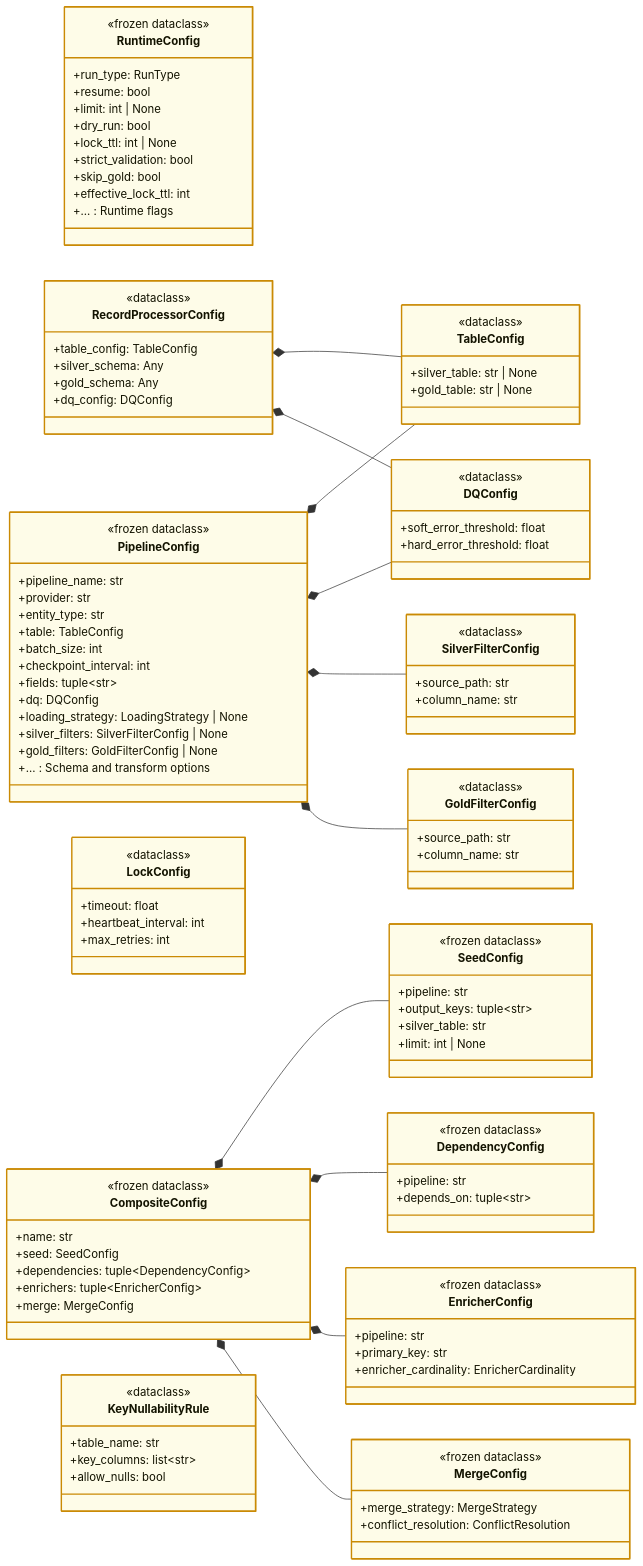
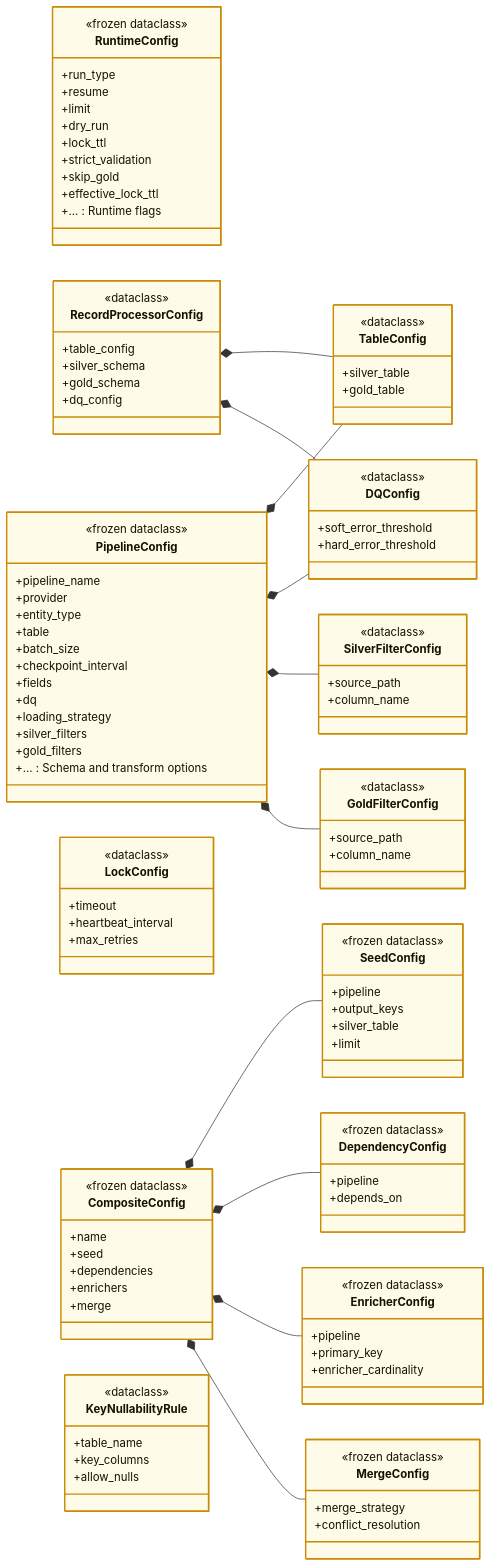
The diagram in docs/02-architecture/mmd-diagrams/class-diagrams/06-config-classes.mmd (SatoryKono/BioactivityDataAcquisition), drawn with Mermaid before and after one commit. The commit also changed 33 other files, not shown here.

```diff
--- a/docs/02-architecture/mmd-diagrams/class-diagrams/06-config-classes.mmd
+++ b/docs/02-architecture/mmd-diagrams/class-diagrams/06-config-classes.mmd
@@ -1,175 +1,175 @@
 %% BioETL — Class Diagram: Configuration Classes
 %% Domain and application configuration hierarchy.
 
 %% @version 1.1.0
 %% @date    2026-02-26
 %% @type    classDiagram
 %% @level   Class / Interface
 %% @uniform-group core      nodes=RuntimeConfig,PipelineConfig
 %% @uniform-group composite nodes=CompositeConfig,SeedConfig,DependencyConfig,EnricherConfig,MergeConfig
 %% @uniform-group support   nodes=RecordProcessorConfig,TableConfig,DQConfig,SilverFilterConfig,GoldFilterConfig,LockConfig,KeyNullabilityRule
 
 %% @uniform-width group
 %% @uniform class width=296 groups=3 width_strategy=group
 %% @uniform-stats core         width=296 height=344 max_desc_lines=17
 %% @uniform-stats composite    width=296 height=144 max_desc_lines=6
 %% @uniform-stats support      width=216 height=128 max_desc_lines=5
 classDiagram
     direction LR
     class RuntimeConfig {
         <<frozen dataclass>>
-        +run_type: RunType
-        +resume: bool
-        +limit: int | None
-        +dry_run: bool
-        +lock_ttl: int | None
-        +strict_validation: bool
-        +skip_gold: bool
-        +effective_lock_ttl: int
+        +run_type
+        +resume
+        +limit
+        +dry_run
+        +lock_ttl
+        +strict_validation
+        +skip_gold
+        +effective_lock_ttl
         +... : Runtime flags
     }
 
     class PipelineConfig {
         <<frozen dataclass>>
-        +pipeline_name: str
-        +provider: str
-        +entity_type: str
-        +table: TableConfig
-        +batch_size: int
-        +checkpoint_interval: int
-        +fields: tuple~str~
-        +dq: DQConfig
-        +loading_strategy: LoadingStrategy | None
-        +silver_filters: SilverFilterConfig | None
-        +gold_filters: GoldFilterConfig | None
+        +pipeline_name
+        +provider
+        +entity_type
+        +table
+        +batch_size
+        +checkpoint_interval
+        +fields
+        +dq
+        +loading_strategy
+        +silver_filters
+        +gold_filters
         +... : Schema and transform options
     }
 
     class TableConfig {
         <<dataclass>>
-        +silver_table: str | None
-        +gold_table: str | None
+        +silver_table
+        +gold_table
         
         
     }
 
     class DQConfig {
         <<dataclass>>
-        +soft_error_threshold: float
-        +hard_error_threshold: float
+        +soft_error_threshold
+        +hard_error_threshold
         
         
     }
 
     class SilverFilterConfig {
         <<dataclass>>
-        +source_path: str
-        +column_name: str
+        +source_path
+        +column_name
         
         
     }
 
     class GoldFilterConfig {
         <<dataclass>>
-        +source_path: str
-        +column_name: str
+        +source_path
+        +column_name
         
         
     }
 
     class RecordProcessorConfig {
         <<dataclass>>
-        +table_config: TableConfig
-        +silver_schema: Any
-        +gold_schema: Any
-        +dq_config: DQConfig
+        +table_config
+        +silver_schema
+        +gold_schema
+        +dq_config
     }
 
     class LockConfig {
         <<dataclass>>
-        +timeout: float
-        +heartbeat_interval: int
-        +max_retries: int
+        +timeout
+        +heartbeat_interval
+        +max_retries
         
     }
 
     class CompositeConfig {
         <<frozen dataclass>>
-        +name: str
-        +seed: SeedConfig
-        +dependencies: tuple~DependencyConfig~
-        +enrichers: tuple~EnricherConfig~
-        +merge: MergeConfig
+        +name
+        +seed
+        +dependencies
+        +enrichers
+        +merge
     }
 
     class SeedConfig {
         <<frozen dataclass>>
-        +pipeline: str
-        +output_keys: tuple~str~
-        +silver_table: str
-        +limit: int | None
+        +pipeline
+        +output_keys
+        +silver_table
+        +limit
         
     }
 
     class DependencyConfig {
         <<frozen dataclass>>
-        +pipeline: str
-        +depends_on: tuple~str~
+        +pipeline
+        +depends_on
         
         
         
     }
 
     class EnricherConfig {
         <<frozen dataclass>>
-        +pipeline: str
-        +primary_key: str
-        +enricher_cardinality: EnricherCardinality
+        +pipeline
+        +primary_key
+        +enricher_cardinality
         
         
     }
 
     class MergeConfig {
         <<frozen dataclass>>
-        +merge_strategy: MergeStrategy
-        +conflict_resolution: ConflictResolution
+        +merge_strategy
+        +conflict_resolution
         
         
         
     }
 
     class KeyNullabilityRule {
         <<dataclass>>
-        +table_name: str
-        +key_columns: list~str~
-        +allow_nulls: bool
+        +table_name
+        +key_columns
+        +allow_nulls
         
     }
 
     PipelineConfig *-- TableConfig
     PipelineConfig *-- DQConfig
     PipelineConfig *-- SilverFilterConfig
     PipelineConfig *-- GoldFilterConfig
 
     RecordProcessorConfig *-- TableConfig
     RecordProcessorConfig *-- DQConfig
 
     CompositeConfig *-- SeedConfig
     CompositeConfig *-- DependencyConfig
     CompositeConfig *-- EnricherConfig
     CompositeConfig *-- MergeConfig
 
     style RuntimeConfig fill:#fefce8,stroke:#ca8a04,stroke-width:2px
     style PipelineConfig fill:#fefce8,stroke:#ca8a04,stroke-width:2px
     style TableConfig fill:#fefce8,stroke:#ca8a04,stroke-width:2px
     style DQConfig fill:#fefce8,stroke:#ca8a04,stroke-width:2px
     style SilverFilterConfig fill:#fefce8,stroke:#ca8a04,stroke-width:2px
     style GoldFilterConfig fill:#fefce8,stroke:#ca8a04,stroke-width:2px
     style RecordProcessorConfig fill:#fefce8,stroke:#ca8a04,stroke-width:2px
     style LockConfig fill:#fefce8,stroke:#ca8a04,stroke-width:2px
     style CompositeConfig fill:#fefce8,stroke:#ca8a04,stroke-width:2px
     style SeedConfig fill:#fefce8,stroke:#ca8a04,stroke-width:2px
     style DependencyConfig fill:#fefce8,stroke:#ca8a04,stroke-width:2px
     style EnricherConfig fill:#fefce8,stroke:#ca8a04,stroke-width:2px
     style MergeConfig fill:#fefce8,stroke:#ca8a04,stroke-width:2px
     style KeyNullabilityRule fill:#fefce8,stroke:#ca8a04,stroke-width:2px
```
